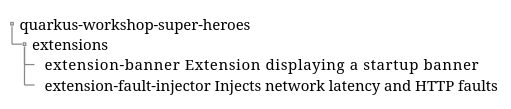
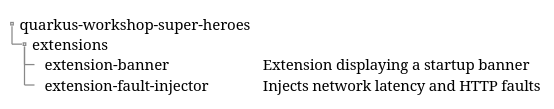
Before and after one commit to quarkusio/quarkus-workshops: the fourth of 4 diagrams in quarkus-workshop-super-heroes/docs/src/main/asciidoc/introduction-preparing.adoc, drawn with PlantUML. The commit also changed other lines of this file, not shown here.

```diff
--- a/quarkus-workshop-super-heroes/docs/src/main/asciidoc/introduction-preparing.adoc
+++ b/quarkus-workshop-super-heroes/docs/src/main/asciidoc/introduction-preparing.adoc
@@ -78,14 +78,14 @@
 [plantuml]
 ----
 @startsalt
 {
 {
 T
 quarkus-workshop-super-heroes
 +  extensions
-++  extension-banner           Extension displaying a startup banner
-++  extension-fault-injector   Injects network latency and HTTP faults
+++  extension-banner           | Extension displaying a startup banner
+++  extension-fault-injector   | Injects network latency and HTTP faults
 }
 }
 @endsalt
 ----
```
